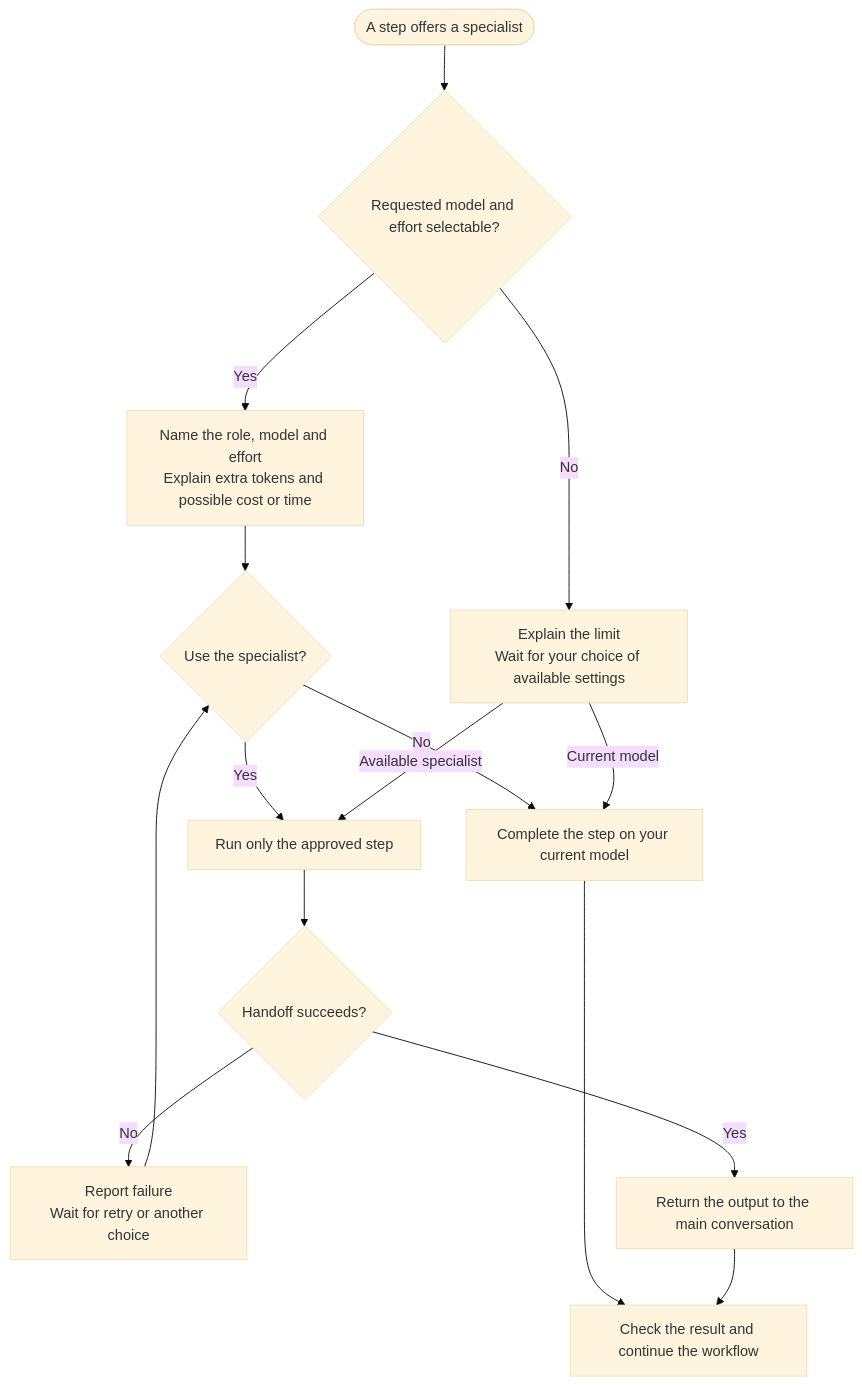
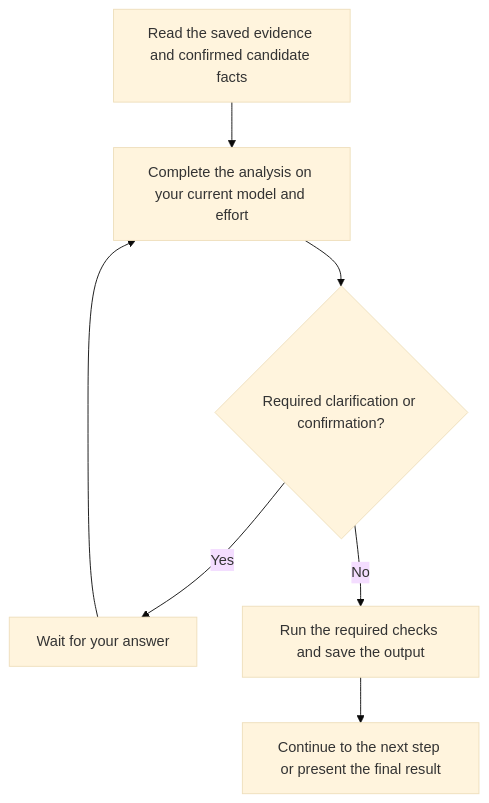
Before and after one commit to myowinthein/agent-compass: the diagram in docs/specialist-agents/detailed.md, drawn with Mermaid (base theme). The commit also changed other lines of this file and 38 other files, not shown here.

First line of the commit message:
refactor(workflows): use the current model for analysis and audits

````diff
--- a/docs/specialist-agents/detailed.md
+++ b/docs/specialist-agents/detailed.md
@@ -22,17 +22,9 @@
 ```mermaid
 flowchart TD
-  Start(["A step offers a specialist"]) --> Available{"Requested model and effort selectable?"}
-  Available -->|Yes| Offer["Name the role, model and effort<br/>Explain extra tokens and possible cost or time"]
-  Offer --> Choice{"Use the specialist?"}
-  Choice -->|No| Current["Complete the step on your current model"]
-  Choice -->|Yes| Task["Run only the approved step"]
-  Available -->|No| Alternative["Explain the limit<br/>Wait for your choice of available settings"]
-  Alternative -->|Current model| Current
-  Alternative -->|Available specialist| Task
-  Task --> Success{"Handoff succeeds?"}
-  Success -->|No| Retry["Report failure<br/>Wait for retry or another choice"]
-  Retry --> Choice
-  Success -->|Yes| Return["Return the output to the main conversation"]
-  Current --> Check["Check the result and continue the workflow"]
-  Return --> Check
+  Evidence["Read the saved evidence and confirmed candidate facts"] --> Analyse["Complete the analysis on your current model and effort"]
+  Analyse --> Required{"Required clarification or confirmation?"}
+  Required -->|Yes| Answer["Wait for your answer"]
+  Answer --> Analyse
+  Required -->|No| Check["Run the required checks and save the output"]
+  Check --> Next["Continue to the next step or present the final result"]
 ```
````
